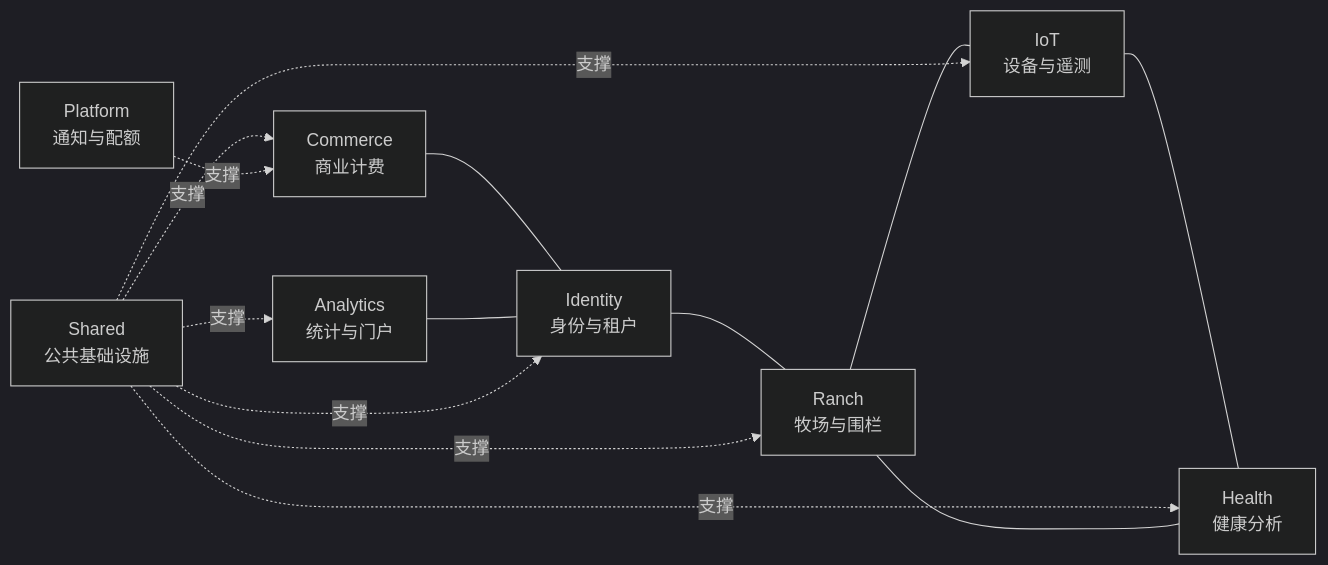
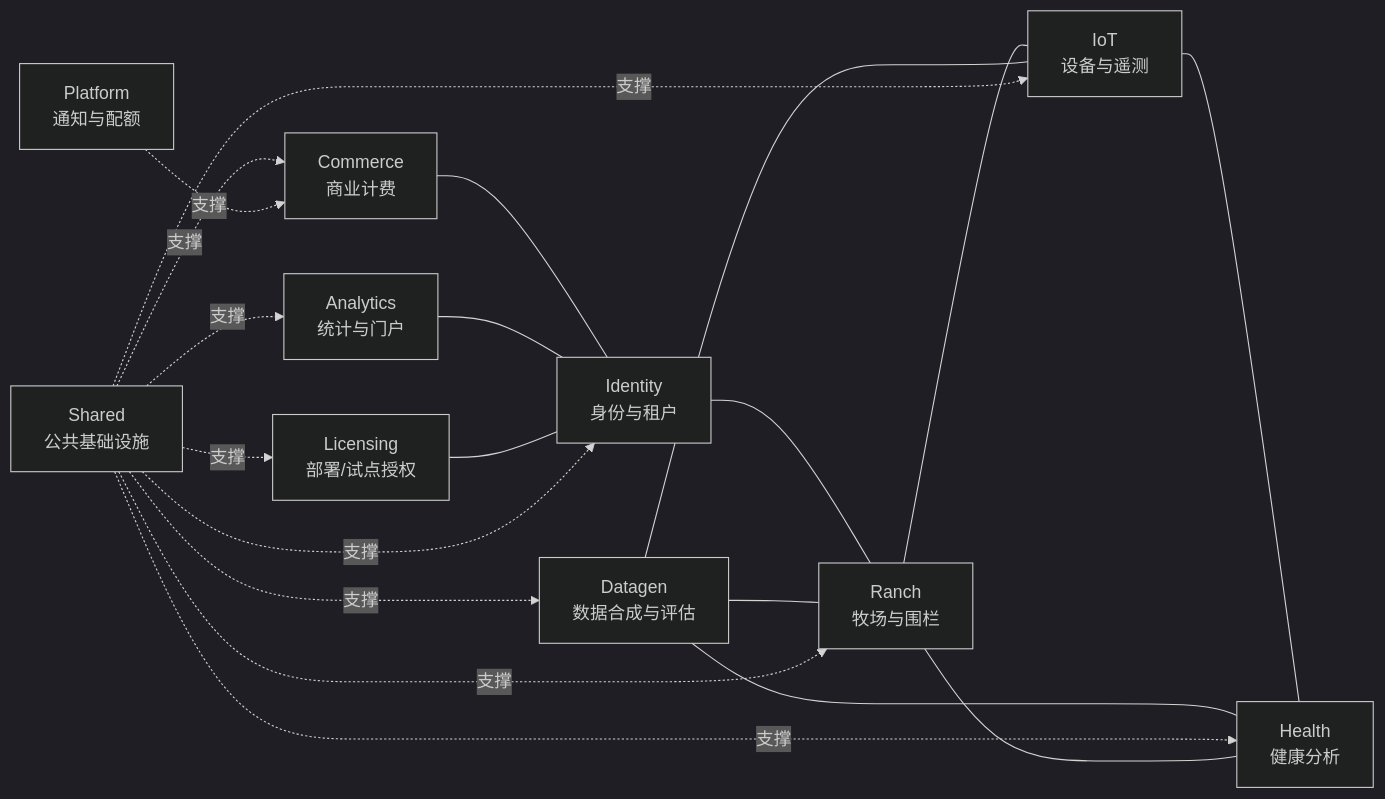
Before and after one commit to aime4eve/smart-livestock: the fifth of 17 diagrams in docs/product/system-architecture.md, drawn with Mermaid (dark theme). The commit also changed other lines of this file and 6 other files, not shown here.

````diff
--- a/docs/product/system-architecture.md
+++ b/docs/product/system-architecture.md
@@ -249,21 +271,25 @@
 ```mermaid
 graph LR
     ID[Identity<br/>身份与租户]
     RANCH[Ranch<br/>牧场与围栏]
     IOT[IoT<br/>设备与遥测]
     HEALTH[Health<br/>健康分析]
     COM[Commerce<br/>商业计费]
     ANA[Analytics<br/>统计与门户]
+    DG[Datagen<br/>数据合成与评估]
+    LIC[Licensing<br/>部署/试点授权]
     SHARED[Shared<br/>公共基础设施]
     PLATFORM[Platform<br/>通知与配额]
 
     ID --- RANCH
     RANCH --- IOT
     IOT --- HEALTH
     HEALTH --- RANCH
     COM --- ID
     ANA --- ID
+    DG --- IOT & HEALTH & RANCH
+    LIC --- ID
 
-    SHARED -.支撑.-> ID & RANCH & IOT & HEALTH & COM & ANA
+    SHARED -.支撑.-> ID & RANCH & IOT & HEALTH & COM & ANA & DG & LIC
     PLATFORM -.支撑.-> COM
 ```
````
